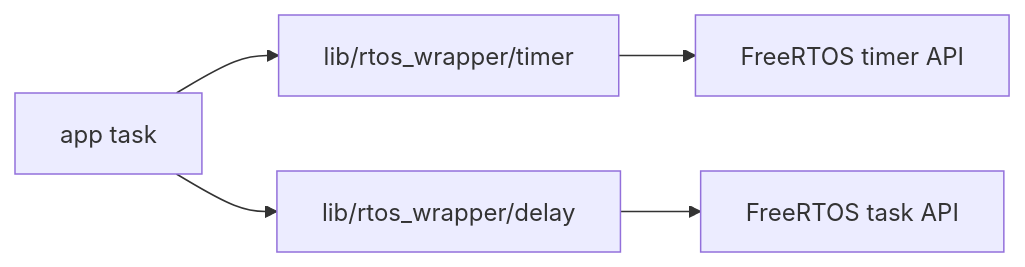
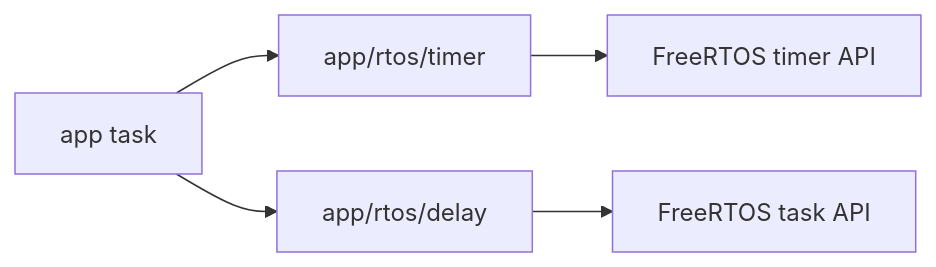
One commit to starkensan/usb_midi_pedal changed the first of 2 diagrams in docs/designs/rtos-timer-delay.md. Above: the diagram before and after it, drawn with Mermaid. The commit also changed 9 other files, not shown here.

````diff
--- a/docs/designs/rtos-timer-delay.md
+++ b/docs/designs/rtos-timer-delay.md
@@ -26,7 +26,7 @@
 ```mermaid
 flowchart LR
-    app[app task] --> timer[lib/rtos_wrapper/timer]
-    app --> delay[lib/rtos_wrapper/delay]
+    app[app task] --> timer[app/rtos/timer]
+    app --> delay[app/rtos/delay]
     timer --> freertos_timer[FreeRTOS timer API]
     delay --> freertos_task[FreeRTOS task API]
 ```
````
